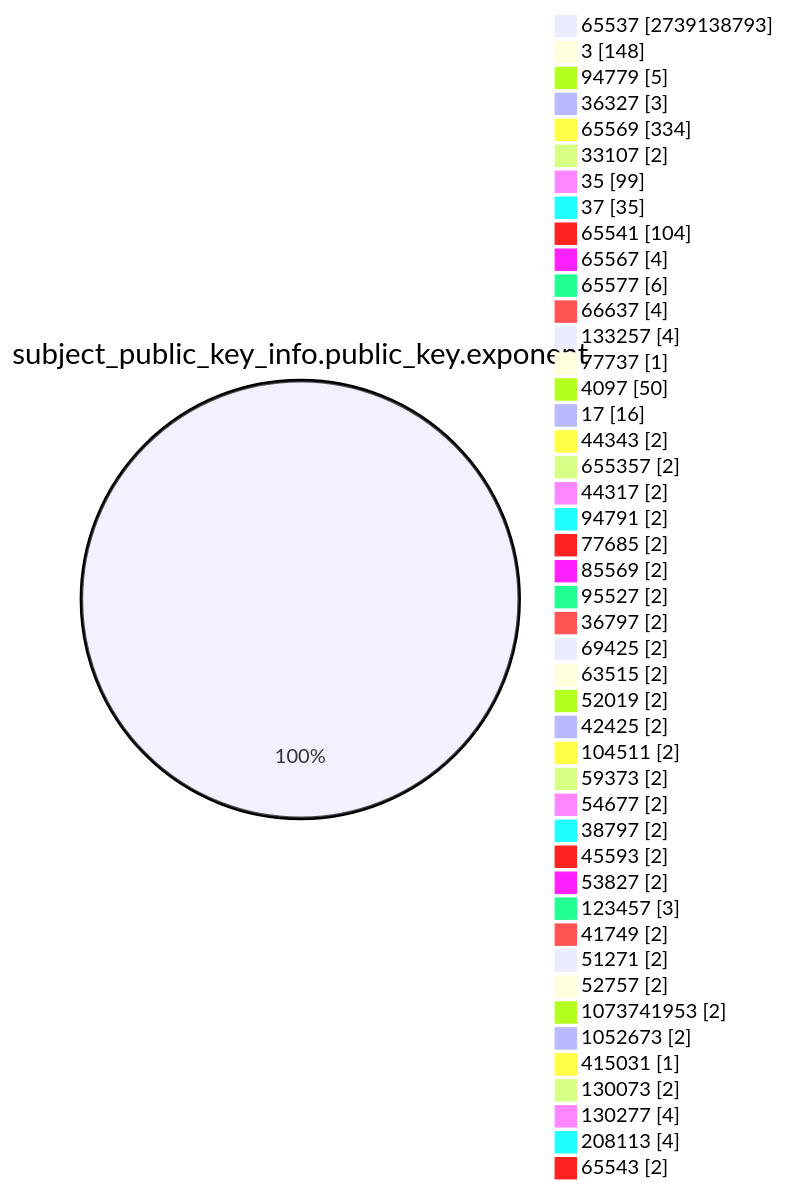
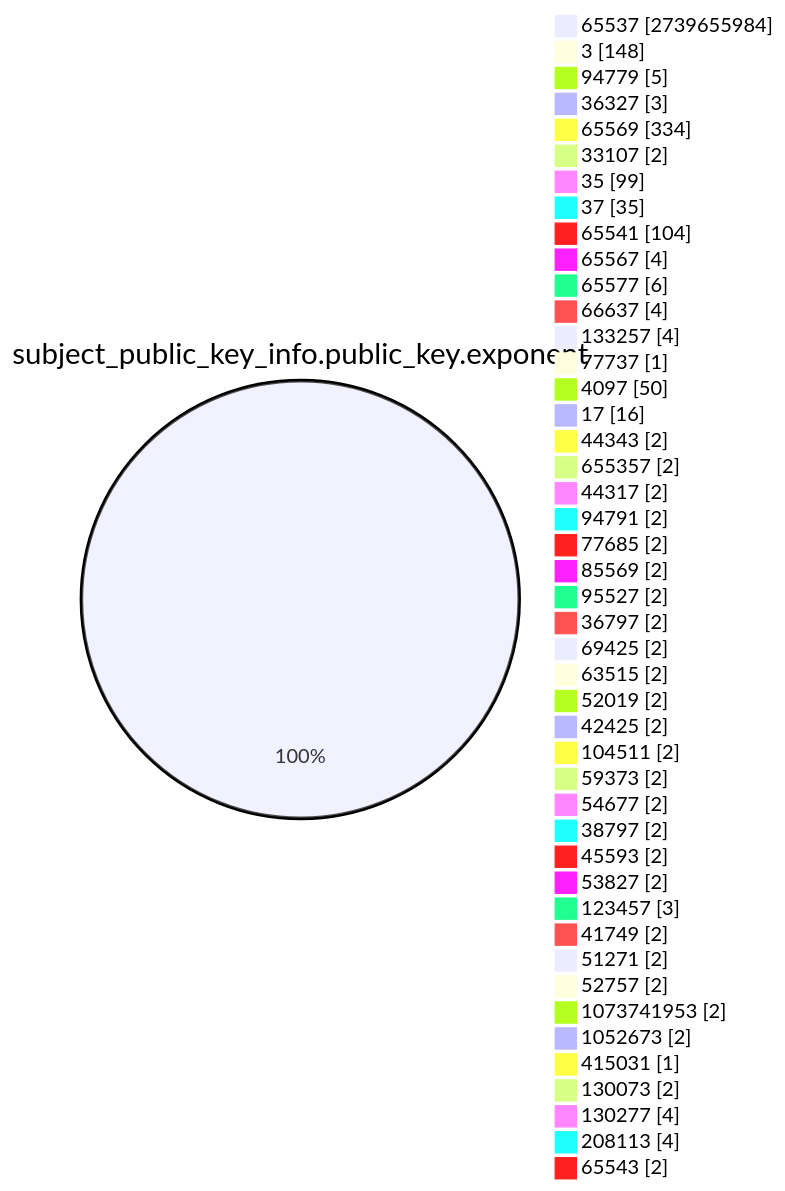
Before and after one commit to christiankrug/ctmonitor_visualization: the fourth of 15 diagrams in TOTAL/README.md, drawn with Mermaid. The commit also changed other lines of this file, not shown here.

````diff
--- a/TOTAL/README.md
+++ b/TOTAL/README.md
@@ -1467,49 +1467,49 @@
 ```mermaid
 pie showData
 title subject_public_key_info.public_key.exponent
-"65537" :2739138793
+"65537" :2739655984
 "3" :148
 "94779" :5
 "36327" :3
 "65569" :334
 "33107" :2
 "35" :99
 "37" :35
 "65541" :104
 "65567" :4
 "65577" :6
 "66637" :4
 "133257" :4
 "77737" :1
 "4097" :50
 "17" :16
 "44343" :2
 "655357" :2
 "44317" :2
 "94791" :2
 "77685" :2
 "85569" :2
 "95527" :2
 "36797" :2
 "69425" :2
 "63515" :2
 "52019" :2
 "42425" :2
 "104511" :2
 "59373" :2
 "54677" :2
 "38797" :2
 "45593" :2
 "53827" :2
 "123457" :3
 "41749" :2
 "51271" :2
 "52757" :2
 "1073741953" :2
 "1052673" :2
 "415031" :1
 "130073" :2
 "130277" :4
 "208113" :4
 "65543" :2
 ```
````
